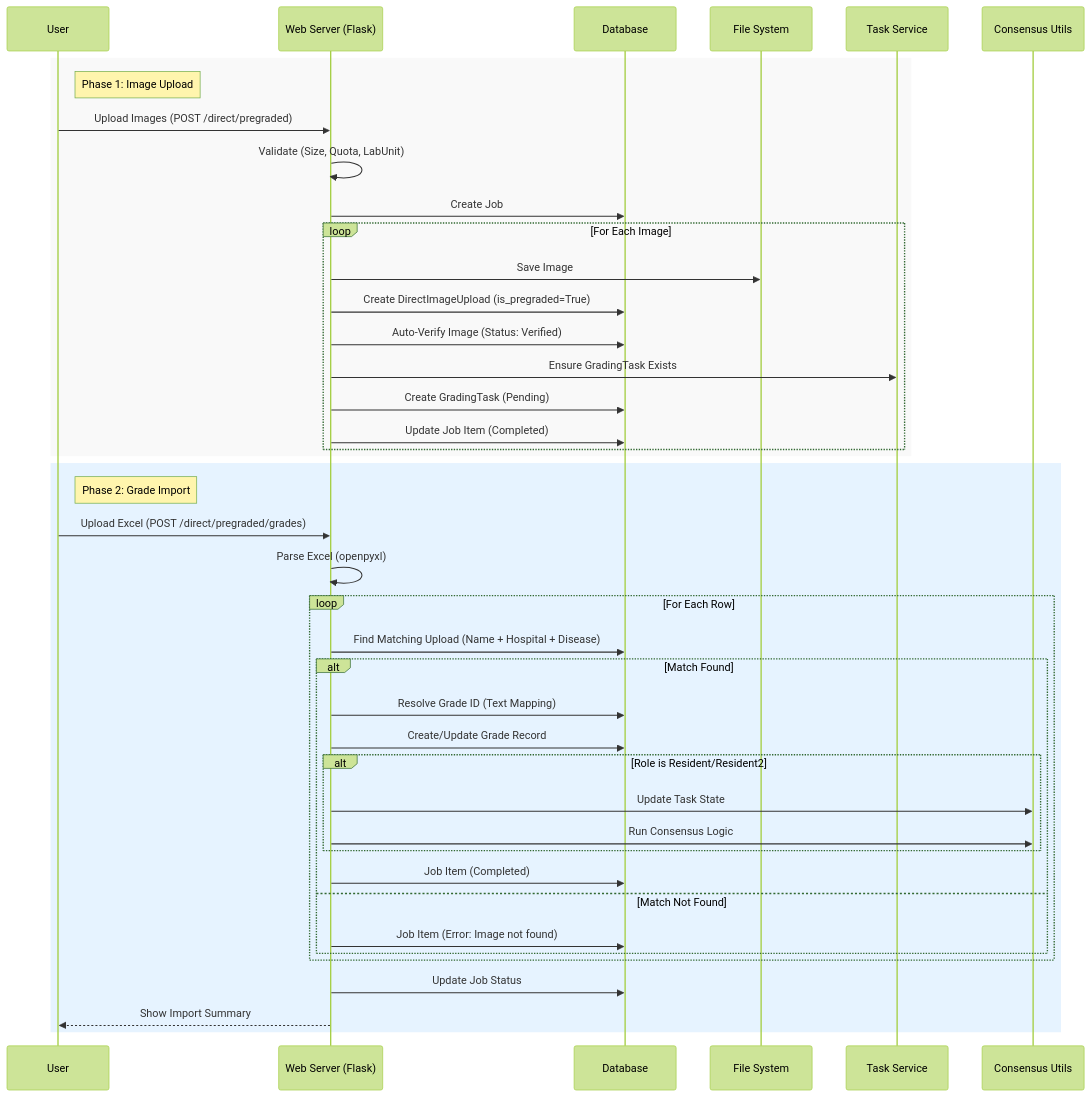
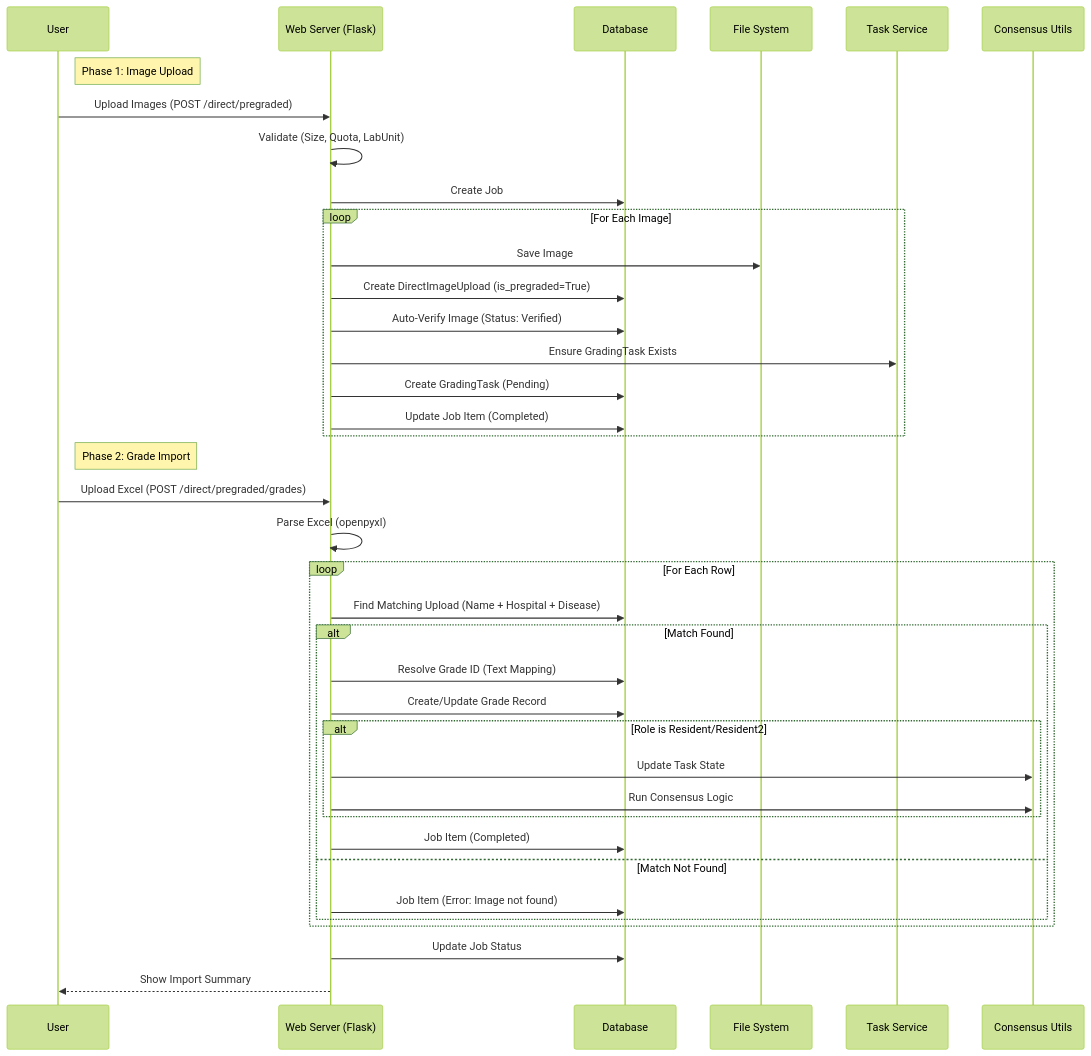
One commit to drguptavivek/fundus_img_xtract changed the diagram in docs/08-Workflow/03-Pre_Graded_Workflow.md. Above: the diagram before and after it, drawn with Mermaid (forest theme). The commit also changed 1 other file, not shown here.

Commit message:
Docs: Add verify remedio workflow and update pre-graded workflow

````diff
--- a/docs/08-Workflow/03-Pre_Graded_Workflow.md
+++ b/docs/08-Workflow/03-Pre_Graded_Workflow.md
@@ -5,52 +5,48 @@
 ```mermaid
 sequenceDiagram
     participant User
     participant WebServer as Web Server (Flask)
     participant DB as Database
     participant FileSystem as File System
     participant TaskService as Task Service
     participant Consensus as Consensus Utils
 
-    rect rgb(249, 249, 249)
     note right of User: Phase 1: Image Upload
     User->>WebServer: Upload Images (POST /direct/pregraded)
     WebServer->>WebServer: Validate (Size, Quota, LabUnit)
     WebServer->>DB: Create Job
     
     loop For Each Image
         WebServer->>FileSystem: Save Image
         WebServer->>DB: Create DirectImageUpload (is_pregraded=True)
         WebServer->>DB: Auto-Verify Image (Status: Verified)
         WebServer->>TaskService: Ensure GradingTask Exists
         WebServer->>DB: Create GradingTask (Pending)
         WebServer->>DB: Update Job Item (Completed)
     end
-    end
 
-    rect rgb(230, 243, 255)
     note right of User: Phase 2: Grade Import
     User->>WebServer: Upload Excel (POST /direct/pregraded/grades)
     WebServer->>WebServer: Parse Excel (openpyxl)
     
     loop For Each Row
         WebServer->>DB: Find Matching Upload (Name + Hospital + Disease)
         
         alt Match Found
             WebServer->>DB: Resolve Grade ID (Text Mapping)
             WebServer->>DB: Create/Update Grade Record
             
             alt Role is Resident/Resident2
                 WebServer->>Consensus: Update Task State
                 WebServer->>Consensus: Run Consensus Logic
             end
             
             WebServer->>DB: Job Item (Completed)
         else Match Not Found
             WebServer->>DB: Job Item (Error: Image not found)
         end
     end
     
     WebServer->>DB: Update Job Status
     WebServer-->>User: Show Import Summary
-    end
 ```
````
